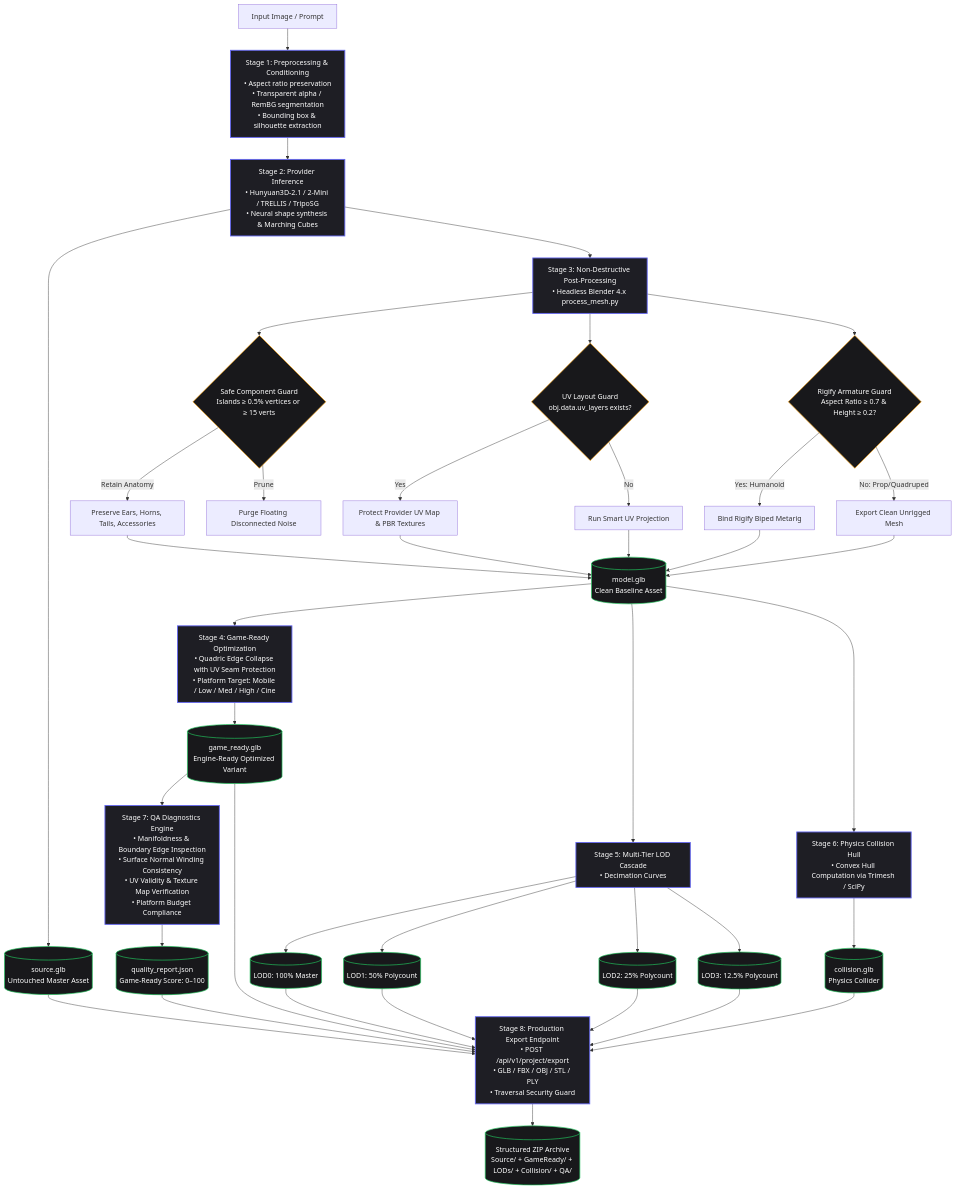
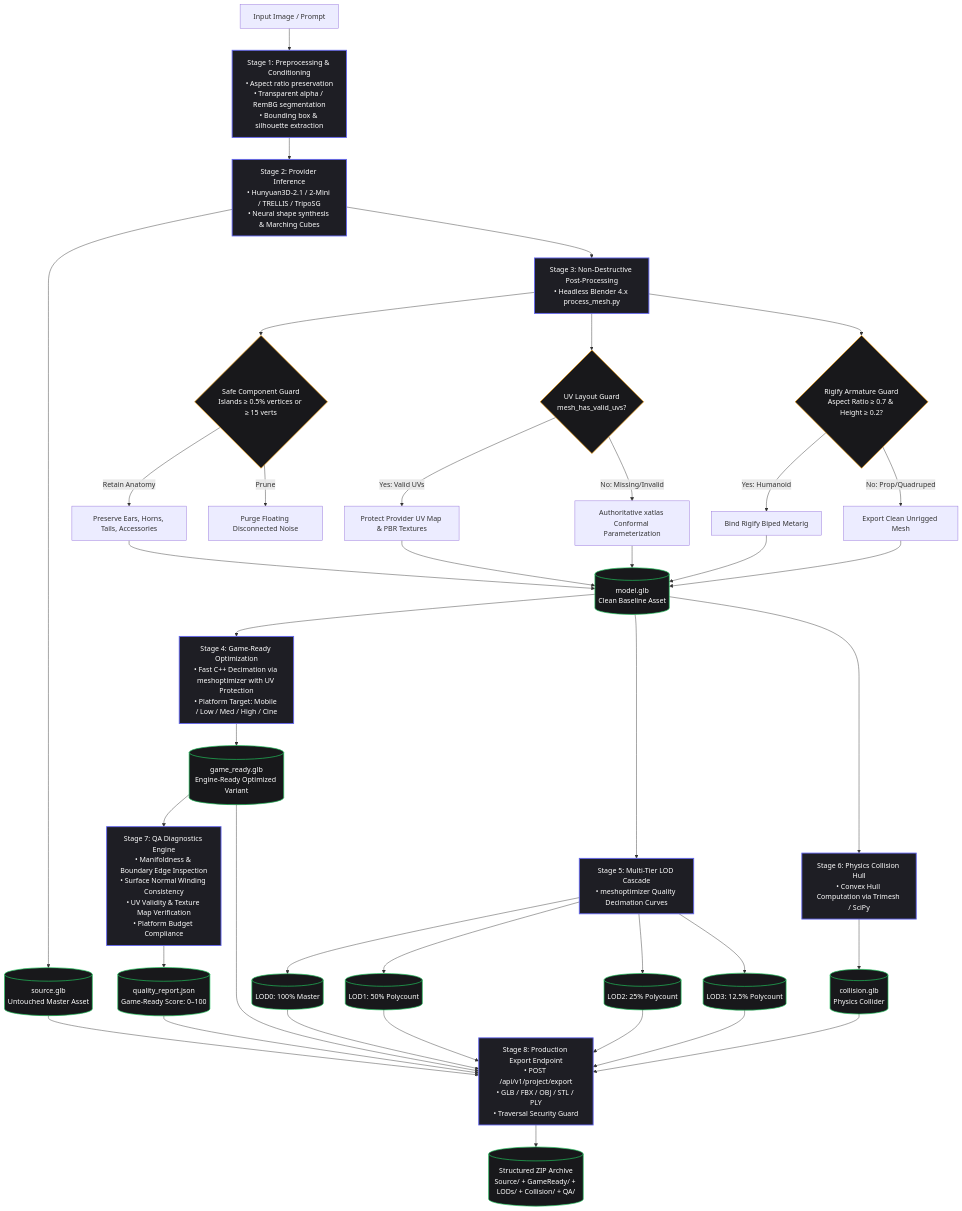
Before and after one commit to Silentzx2/AI_Studio: the diagram in Docs/3D_QUALITY_PIPELINE.md, drawn with Mermaid. The commit also changed other lines of this file and 9 other files, not shown here.

Commit message:
fix(pipeline): align official Hunyuan3D-2.1 pipelines, authoritative xatlas UVs, and meshoptimizer LOD decimation

````diff
--- a/Docs/3D_QUALITY_PIPELINE.md
+++ b/Docs/3D_QUALITY_PIPELINE.md
@@ -7,58 +7,58 @@
 ```mermaid
 flowchart TD
     classDef stage fill:#1e1e24,stroke:#6366f1,stroke-width:2px,color:#fff;
     classDef data fill:#18181b,stroke:#22c55e,stroke-width:1.5px,color:#fff;
     classDef guard fill:#18181b,stroke:#f59e0b,stroke-width:1.5px,color:#fff;
 
     IN[Input Image / Prompt] --> PRE[Stage 1: Preprocessing & Conditioning<br/>• Aspect ratio preservation<br/>• Transparent alpha / RemBG segmentation<br/>• Bounding box & silhouette extraction]:::stage
     
     PRE --> INF[Stage 2: Provider Inference<br/>• Hunyuan3D-2.1 / 2-Mini / TRELLIS / TripoSG<br/>• Neural shape synthesis & Marching Cubes]:::stage
     
     INF --> RAW[(source.glb<br/>Untouched Master Asset)]:::data
     
     INF --> POST[Stage 3: Non-Destructive Post-Processing<br/>• Headless Blender 4.x process_mesh.py]:::stage
     
     POST --> G1{Safe Component Guard<br/>Islands ≥ 0.5% vertices or ≥ 15 verts}:::guard
     G1 -->|Retain Anatomy| BM[Preserve Ears, Horns, Tails, Accessories]
     G1 -->|Prune| FL[Purge Floating Disconnected Noise]
     
-    POST --> G2{UV Layout Guard<br/>obj.data.uv_layers exists?}:::guard
-    G2 -->|Yes| P_UV[Protect Provider UV Map & PBR Textures]
-    G2 -->|No| S_UV[Run Smart UV Projection]
+    POST --> G2{UV Layout Guard<br/>mesh_has_valid_uvs?}:::guard
+    G2 -->|Yes: Valid UVs| P_UV[Protect Provider UV Map & PBR Textures]
+    G2 -->|No: Missing/Invalid| X_UV[Authoritative xatlas Conformal Parameterization]
 
     POST --> G3{Rigify Armature Guard<br/>Aspect Ratio ≥ 0.7 & Height ≥ 0.2?}:::guard
     G3 -->|Yes: Humanoid| RIG[Bind Rigify Biped Metarig]
     G3 -->|No: Prop/Quadruped| NO_RIG[Export Clean Unrigged Mesh]
 
     BM --> MODEL[(model.glb<br/>Clean Baseline Asset)]:::data
     P_UV --> MODEL
-    S_UV --> MODEL
+    X_UV --> MODEL
     RIG --> MODEL
     NO_RIG --> MODEL
 
-    MODEL --> OPT[Stage 4: Game-Ready Optimization<br/>• Quadric Edge Collapse with UV Seam Protection<br/>• Platform Target: Mobile / Low / Med / High / Cine]:::stage
+    MODEL --> OPT[Stage 4: Game-Ready Optimization<br/>• Fast C++ Decimation via meshoptimizer with UV Protection<br/>• Platform Target: Mobile / Low / Med / High / Cine]:::stage
     OPT --> GAME[(game_ready.glb<br/>Engine-Ready Optimized Variant)]:::data
 
-    MODEL --> LOD[Stage 5: Multi-Tier LOD Cascade<br/>• Decimation Curves]:::stage
+    MODEL --> LOD[Stage 5: Multi-Tier LOD Cascade<br/>• meshoptimizer Quality Decimation Curves]:::stage
     LOD --> L0[(LOD0: 100% Master)]:::data
     LOD --> L1[(LOD1: 50% Polycount)]:::data
     LOD --> L2[(LOD2: 25% Polycount)]:::data
     LOD --> L3[(LOD3: 12.5% Polycount)]:::data
 
     MODEL --> COL[Stage 6: Physics Collision Hull<br/>• Convex Hull Computation via Trimesh / SciPy]:::stage
     COL --> COLL[(collision.glb<br/>Physics Collider)]:::data
 
     GAME --> QA[Stage 7: QA Diagnostics Engine<br/>• Manifoldness & Boundary Edge Inspection<br/>• Surface Normal Winding Consistency<br/>• UV Validity & Texture Map Verification<br/>• Platform Budget Compliance]:::stage
     QA --> SCORE[(quality_report.json<br/>Game-Ready Score: 0–100)]:::data
 
     GAME --> EXP[Stage 8: Production Export Endpoint<br/>• POST /api/v1/project/export<br/>• GLB / FBX / OBJ / STL / PLY<br/>• Traversal Security Guard]:::stage
     RAW --> EXP
     L0 --> EXP
     L1 --> EXP
     L2 --> EXP
     L3 --> EXP
     COLL --> EXP
     SCORE --> EXP
 
     EXP --> ZIP[(Structured ZIP Archive<br/>Source/ + GameReady/ + LODs/ + Collision/ + QA/)]:::data
 ```
````
